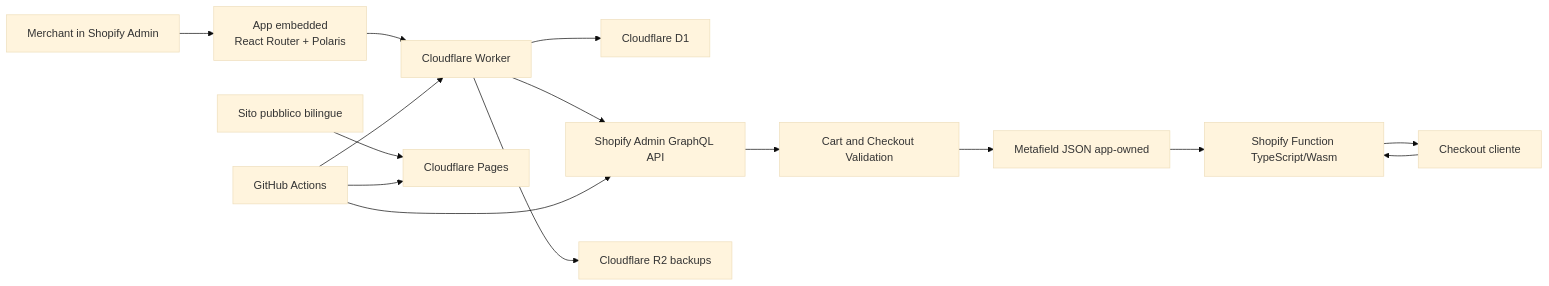
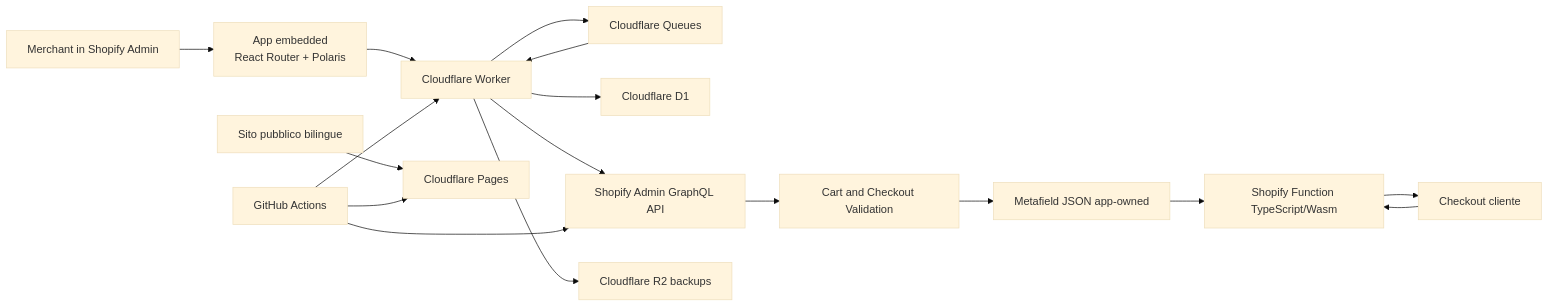
The first of 2 diagrams in docs/plans/2026-07-28-CF-Ready-Master-Plan.md (max23468/CF-Ready), drawn with Mermaid (base theme) before and after one commit. The commit also changed other lines of this file and 19 other files, not shown here.

````diff
--- a/docs/plans/2026-07-28-CF-Ready-Master-Plan.md
+++ b/docs/plans/2026-07-28-CF-Ready-Master-Plan.md
@@ -817,17 +818,19 @@
 ```mermaid
 flowchart LR
     M["Merchant in Shopify Admin"] --> A["App embedded<br/>React Router + Polaris"]
     A --> W["Cloudflare Worker"]
+    W --> Q["Cloudflare Queues"]
+    Q --> W
     W --> D["Cloudflare D1"]
     W --> S["Shopify Admin GraphQL API"]
     S --> V["Cart and Checkout Validation"]
     V --> MF["Metafield JSON app-owned"]
     C["Checkout cliente"] --> F["Shopify Function TypeScript/Wasm"]
     MF --> F
     F --> C
     W --> R["Cloudflare R2 backups"]
     P["Sito pubblico bilingue"] --> PG["Cloudflare Pages"]
     G["GitHub Actions"] --> W
     G --> PG
     G --> S
 ```
````
